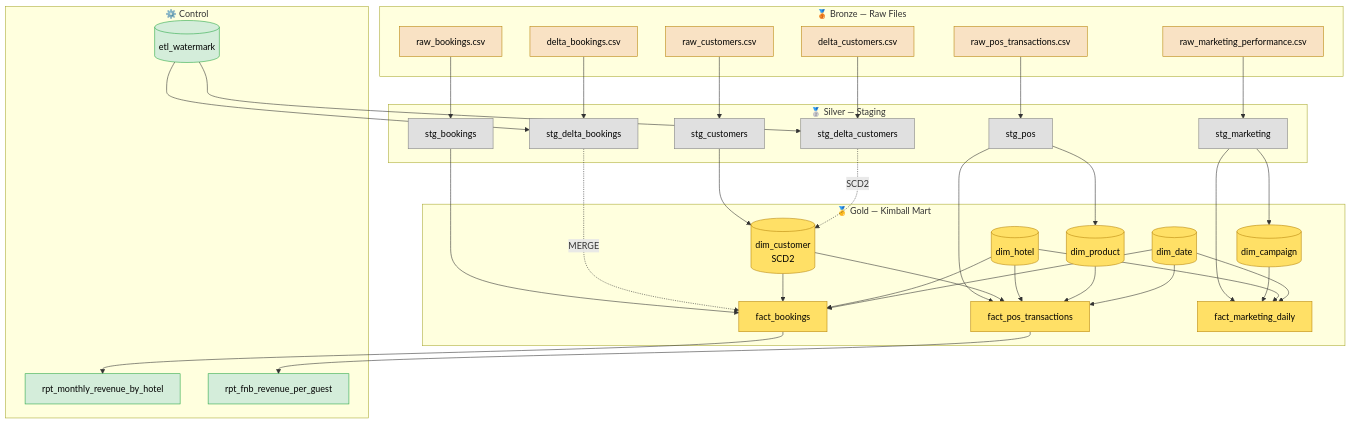
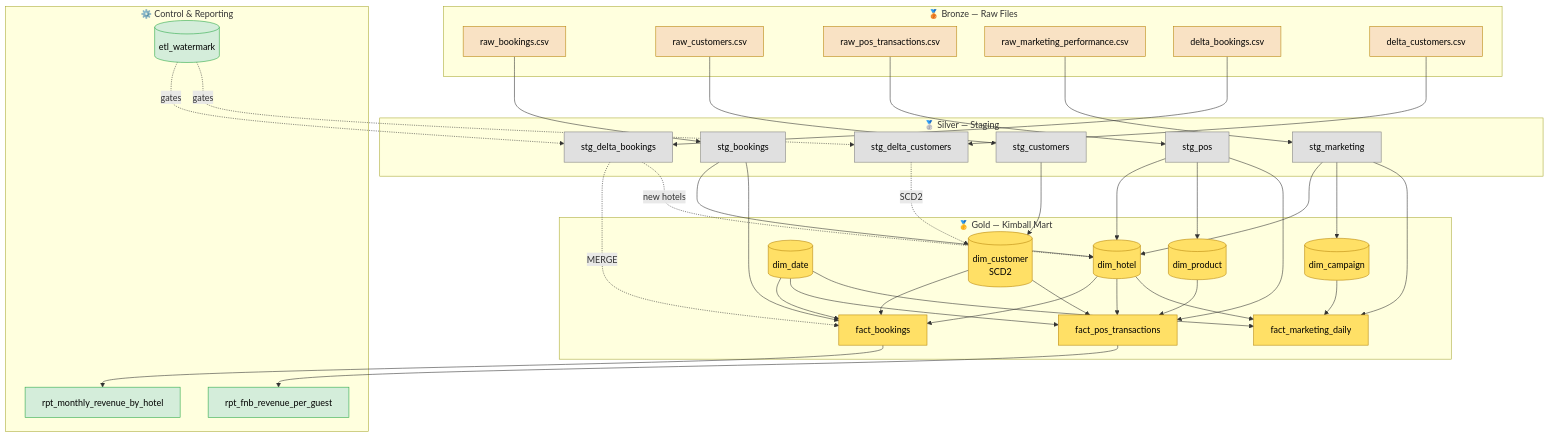
One commit to farizrha/heyrcg-assignment changed the diagram in README.md. Above: the diagram before and after it, drawn with Mermaid.

````diff
--- a/README.md
+++ b/README.md
@@ -83,12 +83,13 @@
         FM[fact_marketing_daily]
     end
 
-    subgraph Control["⚙️ Control"]
+    subgraph Control["⚙️ Control & Reporting"]
         WM[(etl_watermark)]
         V1[rpt_monthly_revenue_by_hotel]
         V2[rpt_fnb_revenue_per_guest]
     end
 
+    %% Bronze to Silver
     RB --> SB
     RC --> SC
     RP --> SP
@@ -96,30 +97,43 @@
     DB --> SDB
     DC --> SDC
 
+    %% Silver to Dimensions (initial load)
+    SC --> DCUST
+    SB --> DHOT
+    SP --> DHOT
+    SM --> DHOT
+    SP --> DPROD
+    SM --> DCAMP
+
+    %% Silver to Facts (initial load)
     SB --> FB
-    SC --> DCUST
-    SP --> DPROD
     SP --> FP
-    SM --> DCAMP
     SM --> FM
 
-    SDB -.MERGE.-> FB
-    SDC -.SCD2.-> DCUST
+    %% Delta paths
+    SDB -. MERGE .-> FB
+    SDC -. SCD2 .-> DCUST
+    SDB -. new hotels .-> DHOT
 
+    %% Fact to Dimension joins
     DCUST --> FB
-    DHOT --> FB
+    DHOT  --> FB
     DDATE --> FB
+
     DCUST --> FP
-    DHOT --> FP
+    DHOT  --> FP
     DPROD --> FP
     DDATE --> FP
+
     DCAMP --> FM
-    DHOT --> FM
+    DHOT  --> FM
     DDATE --> FM
 
-    WM --> SDB
-    WM --> SDC
+    %% Watermark gates the deltas
+    WM -. gates .-> SDB
+    WM -. gates .-> SDC
 
+    %% Fact to Views
     FB --> V1
     FP --> V2
 
@@ -127,8 +141,9 @@
     classDef silver fill:#e0e0e0,stroke:#808080,color:#000
     classDef gold fill:#ffe066,stroke:#b8860b,color:#000
     classDef control fill:#d4edda,stroke:#28a745,color:#000
+
     class RB,RC,RP,RM,DB,DC bronze
     class SB,SC,SP,SM,SDB,SDC silver
     class DCUST,DHOT,DDATE,DPROD,DCAMP,FB,FP,FM gold
-    class WM,V1,V2,V3 control
+    class WM,V1,V2 control
 ```
````
